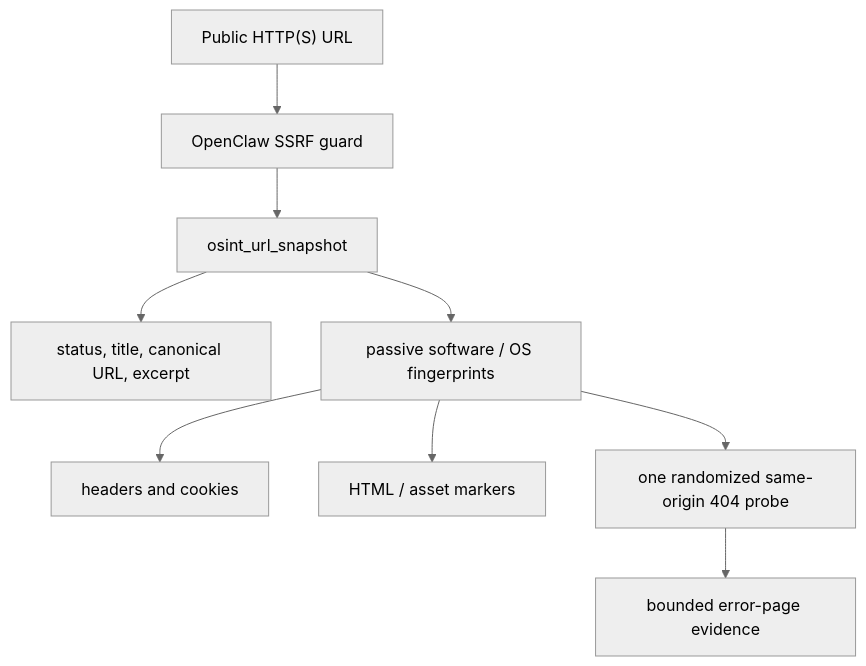
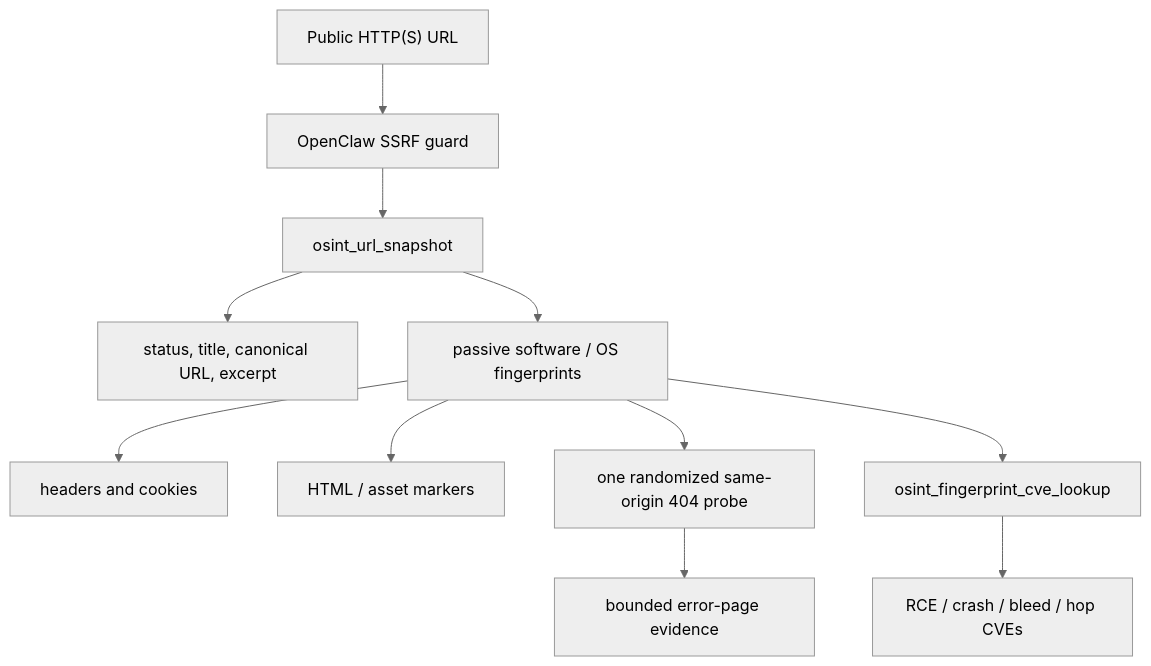
The fourth of 7 diagrams in README.md (JuanHuaXu/openclaw-osint), drawn with Mermaid (neutral theme) before and after one commit. The commit also changed other lines of this file and 6 other files, not shown here.

````diff
--- a/README.md
+++ b/README.md
@@ -180,11 +180,13 @@
 ```mermaid
 flowchart TD
   Url["Public HTTP(S) URL"] --> Guard["OpenClaw SSRF guard"]
   Guard --> Snapshot["osint_url_snapshot"]
   Snapshot --> Metadata["status, title, canonical URL, excerpt"]
   Snapshot --> Fingerprint["passive software / OS fingerprints"]
   Fingerprint --> Headers["headers and cookies"]
   Fingerprint --> Body["HTML / asset markers"]
   Fingerprint --> Probe["one randomized same-origin 404 probe"]
+  Fingerprint --> Cves["osint_fingerprint_cve_lookup"]
   Probe --> ErrorBody["bounded error-page evidence"]
+  Cves --> Impact["RCE / crash / bleed / hop CVEs"]
 ```
````
